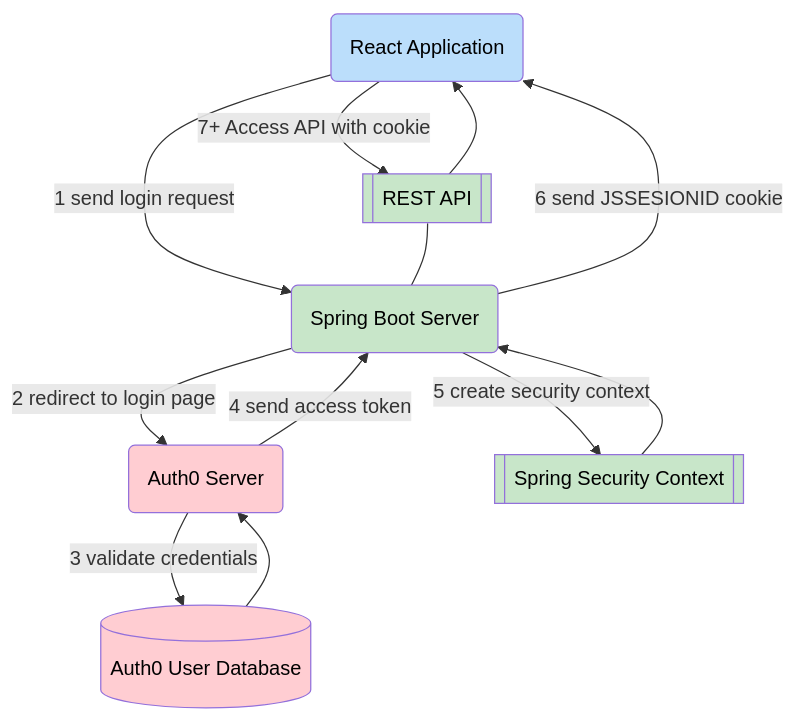
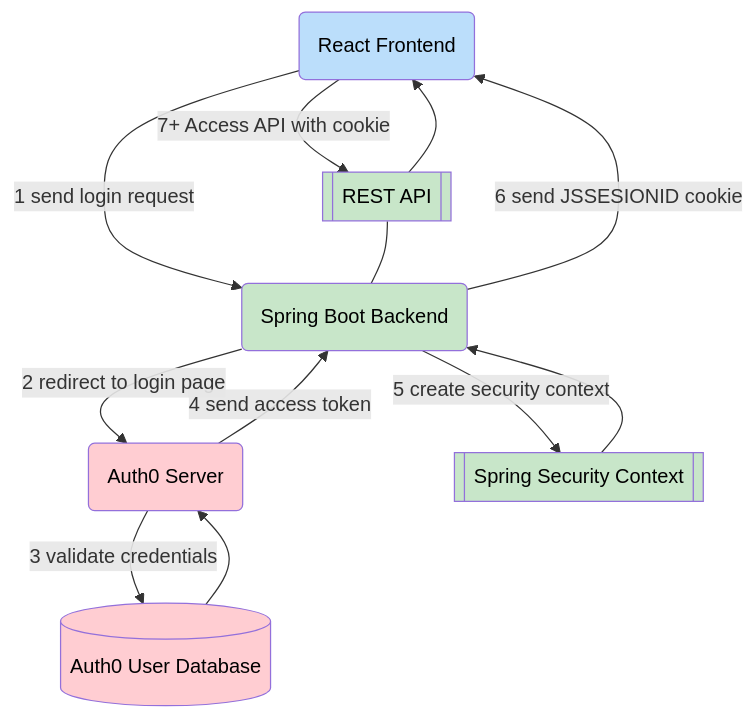
Before and after one commit to JaredStaiert/canvas-arc: the diagram in README.md, drawn with Mermaid.

````diff
--- a/README.md
+++ b/README.md
@@ -9,29 +9,29 @@
 ```mermaid
 ---
 config:
   layout: dagre
 ---
 flowchart TD
-    A["React Application"] -- 1 send login request --> B["Spring Boot Server"]
+    A["React Frontend"] -- 1 send login request --> B["Spring Boot Backend"]
     B -- 2 redirect to login page --> C["Auth0 Server"]
     C -- 3 validate credentials --> D[("Auth0 User Database")]
     D --> C
     C -- 4 send access token --> B
     B -- 5 create security context --> E["Spring Security Context"]
     E --> B
     B -- 6 send JSSESIONID cookie --> A
     A -- 7+ Access API with  cookie --> F["REST API"]
     F --> A
     F --- B
     A@{ shape: rounded}
     B@{ shape: rounded}
     C@{ shape: rounded}
     E@{ shape: subproc}
     F@{ shape: subproc}
     style A fill:#BBDEFB,color:#000000
     style B fill:#C8E6C9,color:#000000
     style C fill:#FFCDD2,color:#000000
     style D fill:#FFCDD2,color:#000000
     style E fill:#C8E6C9,color:#000000
     style F fill:#C8E6C9,color:#000000
 ```
````
